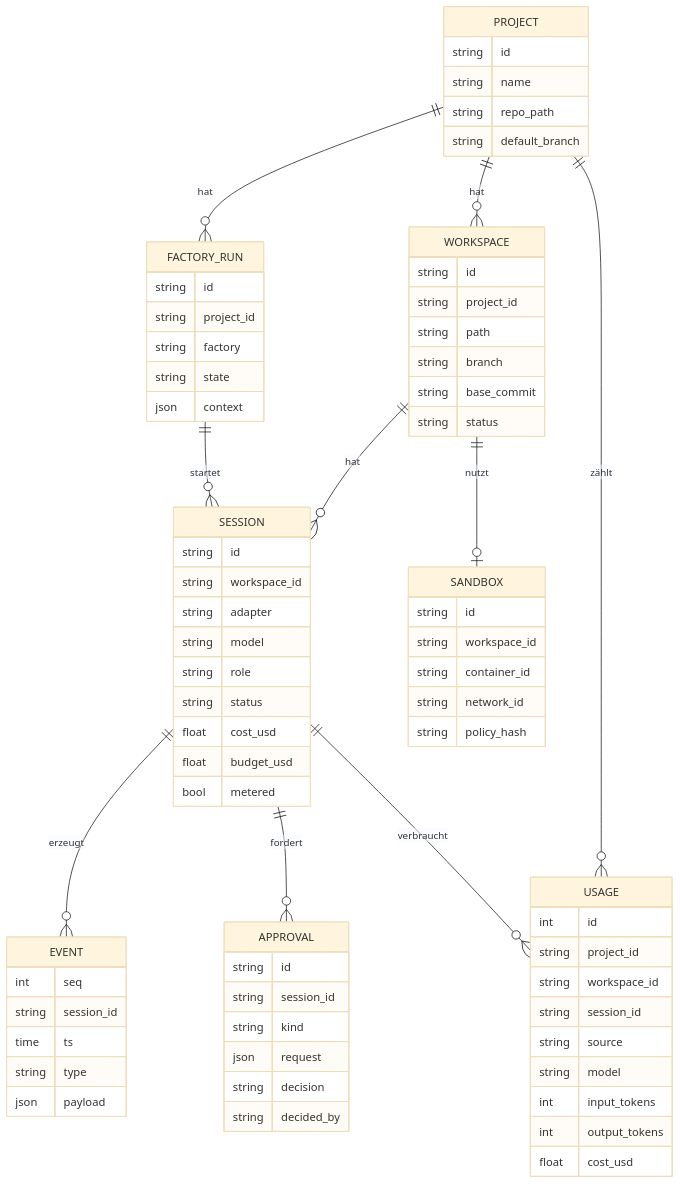
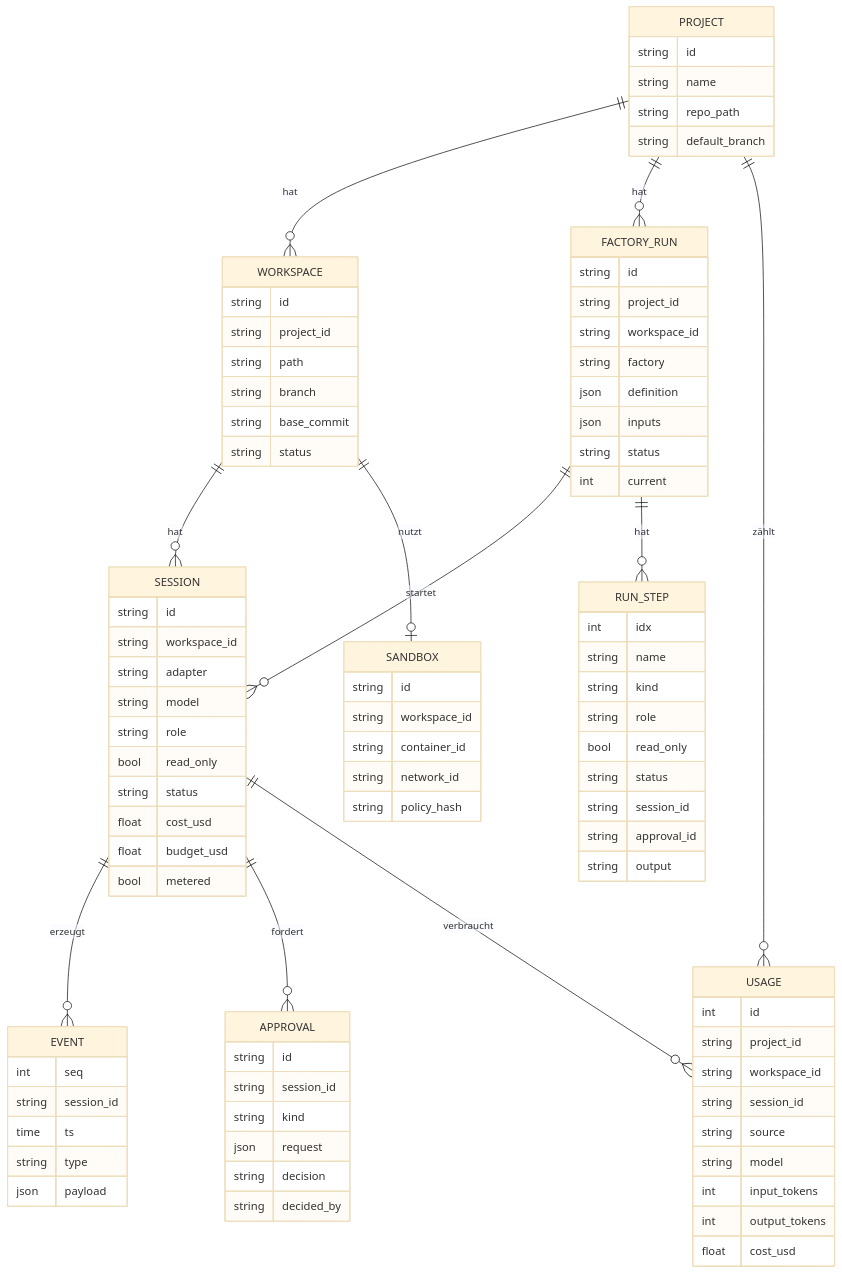
One commit to DavidW475/ade changed the second of 3 diagrams in doc/architecture.md. Above: the diagram before and after it, drawn with Mermaid (base theme). The commit also changed other lines of this file and 7 other files, not shown here.

Commit message:
docs: Software-Fabrik in factory.md und architecture.md, ADR-018, CHANGELOG, Meilenstein M9

````diff
--- a/doc/architecture.md
+++ b/doc/architecture.md
@@ -201,6 +201,7 @@
         string adapter
         string model
         string role
+        bool read_only
         string status
         float cost_usd
         float budget_usd
@@ -235,8 +236,23 @@
     FACTORY_RUN {
         string id
         string project_id
+        string workspace_id
         string factory
-        string state
-        json context
+        json definition
+        json inputs
+        string status
+        int current
+    }
+    FACTORY_RUN ||--o{ RUN_STEP : hat
+    RUN_STEP {
+        int idx
+        string name
+        string kind
+        string role
+        bool read_only
+        string status
+        string session_id
+        string approval_id
+        string output
     }
 ```
````
